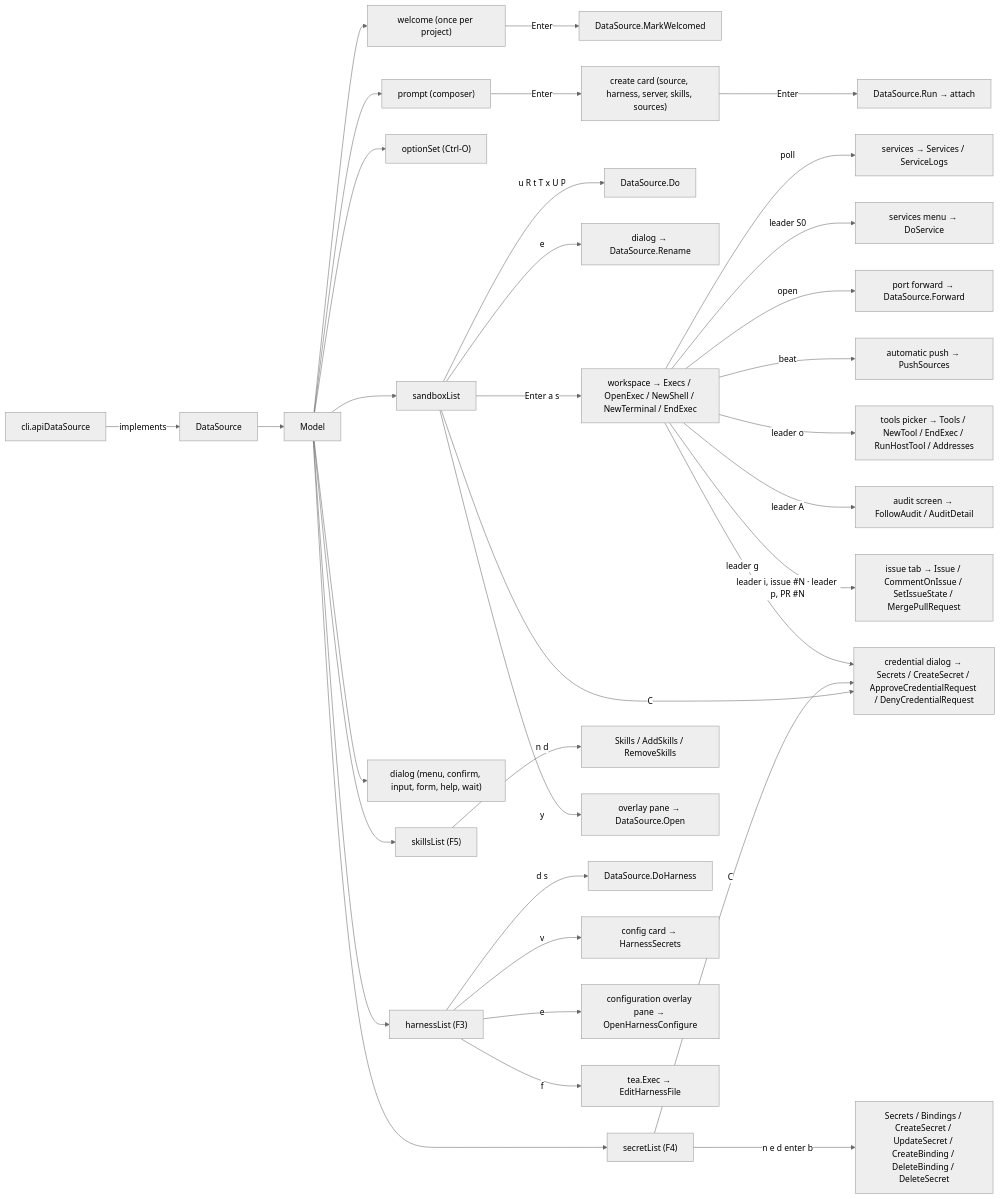
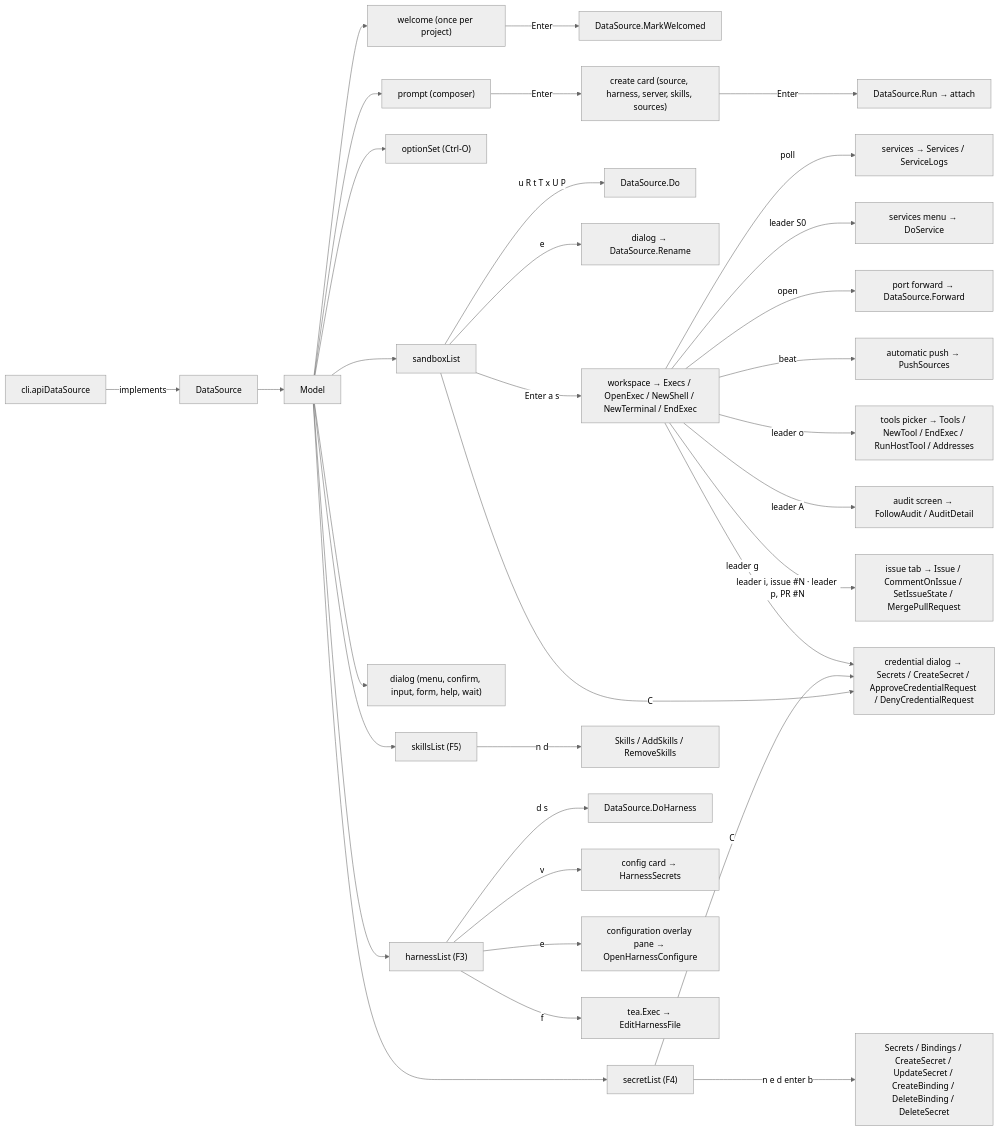
The diagram in cli/internal/tui/DESIGN.md (discobox-ai/discobox), drawn with Mermaid (neutral theme) before and after one commit. The commit also changed other lines of this file and 82 other files, not shown here.

````diff
--- a/cli/internal/tui/DESIGN.md
+++ b/cli/internal/tui/DESIGN.md
@@ -14,36 +14,35 @@
 ```mermaid
 flowchart LR
     CLI["cli.apiDataSource"] -->|implements| DS["DataSource"]
     DS --> M["Model"]
     M --> P["prompt (composer)"]
     M --> L["sandboxList"]
     M --> O["optionSet (Ctrl-O)"]
     M --> A["harnessList (F3)"]
     M --> D["dialog (menu, confirm, input, form, help, wait)"]
     M --> W["welcome (once per project)"]
     W -->|Enter| MW["DataSource.MarkWelcomed"]
     P -->|Enter| Card["create card (source, harness, server, skills, sources)"]
     Card -->|Enter| Run["DataSource.Run → attach"]
     L -->|u R t T x U P| Verb["DataSource.Do"]
     L -->|e| Rename["dialog → DataSource.Rename"]
     L -->|Enter a s| WS["workspace → Execs / OpenExec / NewShell / NewTerminal / EndExec"]
     WS -->|poll| Svc["services → Services / ServiceLogs"]
     WS -->|leader S0| SvcMenu["services menu → DoService"]
     WS -->|open| Fwd["port forward → DataSource.Forward"]
     WS -->|beat| Push["automatic push → PushSources"]
     L -->|C| Cred["credential dialog → Secrets / CreateSecret / ApproveCredentialRequest / DenyCredentialRequest"]
     M --> S["secretList (F4)"]
     S -->|n e d enter b| SVerb["Secrets / Bindings / CreateSecret / UpdateSecret / CreateBinding / DeleteBinding / DeleteSecret"]
     S -->|C| Cred
     M --> K["skillsList (F5)"]
     K -->|n d| KVerb["Skills / AddSkills / RemoveSkills"]
     WS -->|leader g| Cred
-    L -->|y| Overlay["overlay pane → DataSource.Open"]
     WS -->|leader o| T["tools picker → Tools / NewTool / EndExec / RunHostTool / Addresses"]
     WS -->|leader A| Aud["audit screen → FollowAudit / AuditDetail"]
     WS -->|leader i, issue #N · leader p, PR #N| Iss["issue tab → Issue / CommentOnIssue / SetIssueState / MergePullRequest"]
     A -->|d s| AVerb["DataSource.DoHarness"]
     A -->|v| ACard["config card → HarnessSecrets"]
     A -->|e| ACfg["configuration overlay pane → OpenHarnessConfigure"]
     A -->|f| AExec["tea.Exec → EditHarnessFile"]
 ```
````
